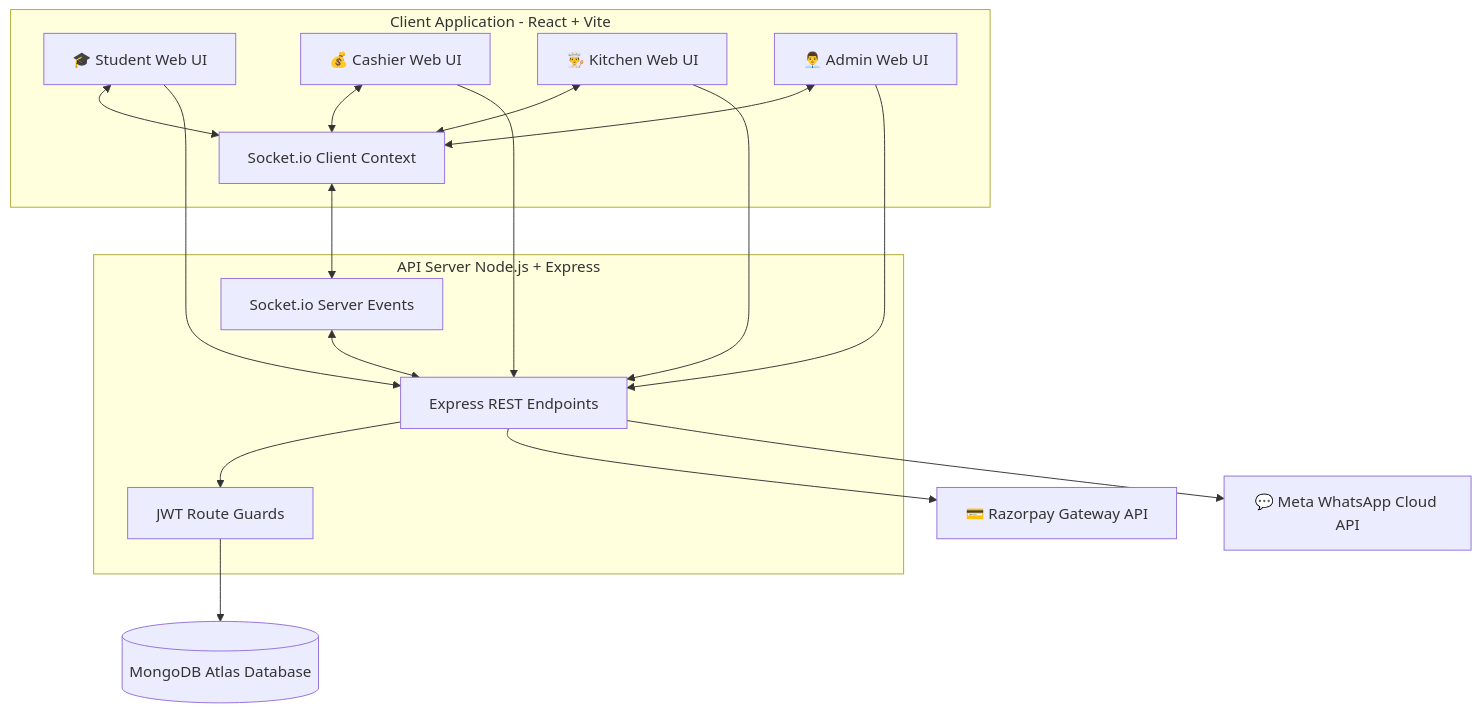
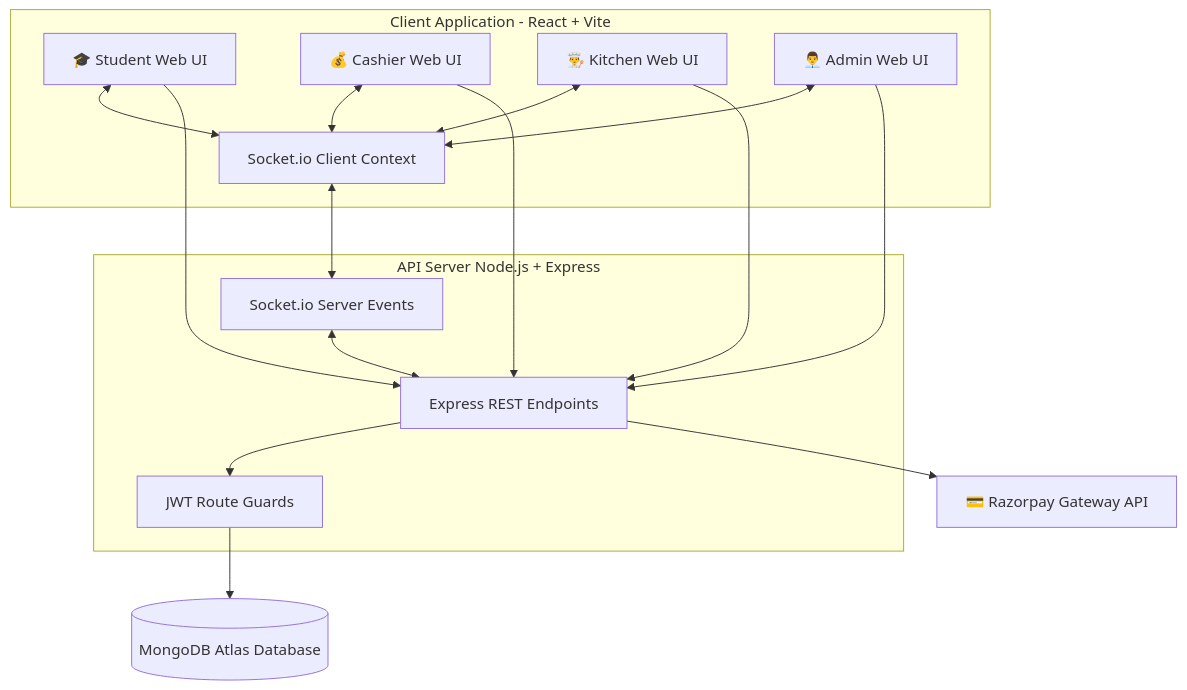
One commit to saicharanega/SmartCanteen changed the first of 2 diagrams in README.md. Above: the diagram before and after it, drawn with Mermaid. The commit also changed other lines of this file, not shown here.

````diff
--- a/README.md
+++ b/README.md
@@ -94,40 +114,38 @@
 ```mermaid
 graph TD
     %% Portals
     StudentPortal["🎓 Student Web UI"]
     CashierPortal["💰 Cashier Web UI"]
     KitchenPortal["👨‍🍳 Kitchen Web UI"]
     AdminPortal["👨‍💼 Admin Web UI"]
 
     %% Frontend App
     subgraph FrontendApp ["Client Application - React + Vite"]
         StudentPortal
         CashierPortal
         KitchenPortal
         AdminPortal
         SocketClient["Socket.io Client Context"]
     end
 
     %% Backend Service
     subgraph BackendService ["API Server Node.js + Express"]
         REST["Express REST Endpoints"]
         SocketServer["Socket.io Server Events"]
         AuthMW["JWT Route Guards"]
     end
 
     %% Databases & Services
     DB[(MongoDB Atlas Database)]
     Razorpay["💳 Razorpay Gateway API"]
-    WhatsApp["💬 Meta WhatsApp Cloud API"]
 
     %% Communications
     StudentPortal & CashierPortal & KitchenPortal & AdminPortal <--> SocketClient
     StudentPortal & CashierPortal & KitchenPortal & AdminPortal --> REST
     
     REST --> AuthMW
     AuthMW --> DB
     REST --> Razorpay
-    REST --> WhatsApp
     SocketClient <--> SocketServer
     SocketServer <--> REST
 ```
````
